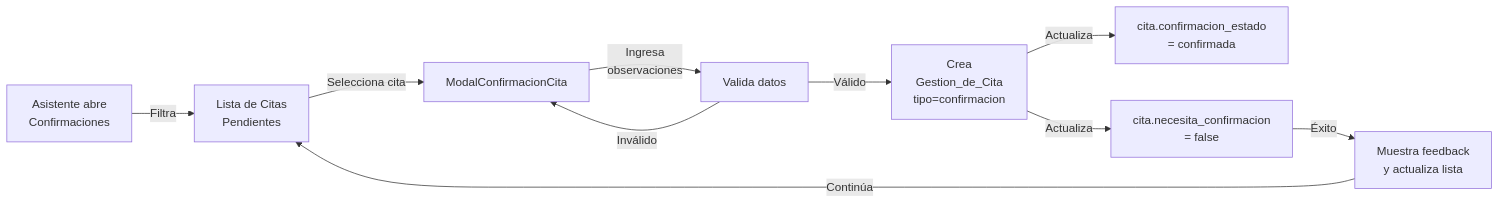
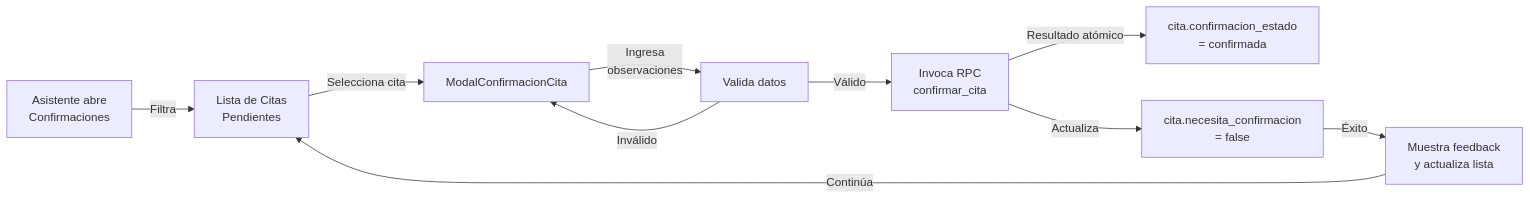
Before and after one commit to wmarcia86/dentiflow: the first of 4 diagrams in sdd/.kiro/specs/gestion-confirmacion-citas/design.md, drawn with Mermaid. The commit also changed other lines of this file and 9 other files, not shown here.

````diff
--- a/sdd/.kiro/specs/gestion-confirmacion-citas/design.md
+++ b/sdd/.kiro/specs/gestion-confirmacion-citas/design.md
@@ -584,12 +969,12 @@
 ```mermaid
 graph LR
     A["Asistente abre<br/>Confirmaciones"] -->|Filtra| B["Lista de Citas<br/>Pendientes"]
     B -->|Selecciona cita| C["ModalConfirmacionCita"]
     C -->|Ingresa<br/>observaciones| D["Valida datos"]
-    D -->|Válido| E["Crea<br/>Gestion_de_Cita<br/>tipo=confirmacion"]
+    D -->|Válido| E["Invoca RPC<br/>confirmar_cita"]
     D -->|Inválido| C
-    E -->|Actualiza| F["cita.confirmacion_estado<br/>= confirmada"]
+    E -->|Resultado atómico| F["cita.confirmacion_estado<br/>= confirmada"]
     E -->|Actualiza| G["cita.necesita_confirmacion<br/>= false"]
     G -->|Éxito| H["Muestra feedback<br/>y actualiza lista"]
     H -->|Continúa| B
 ```
````
